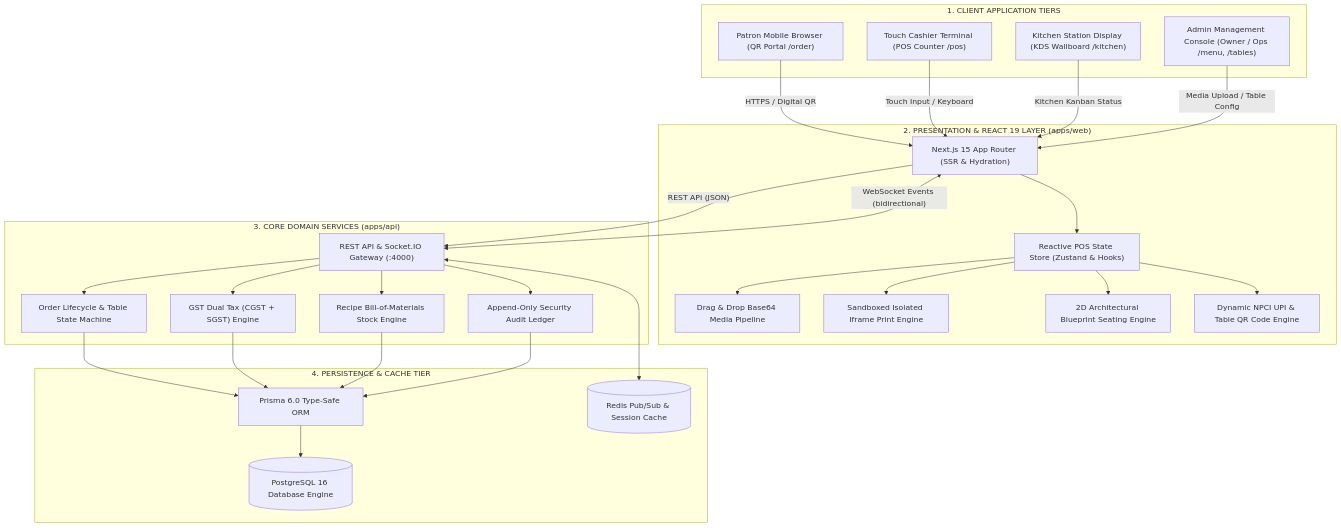
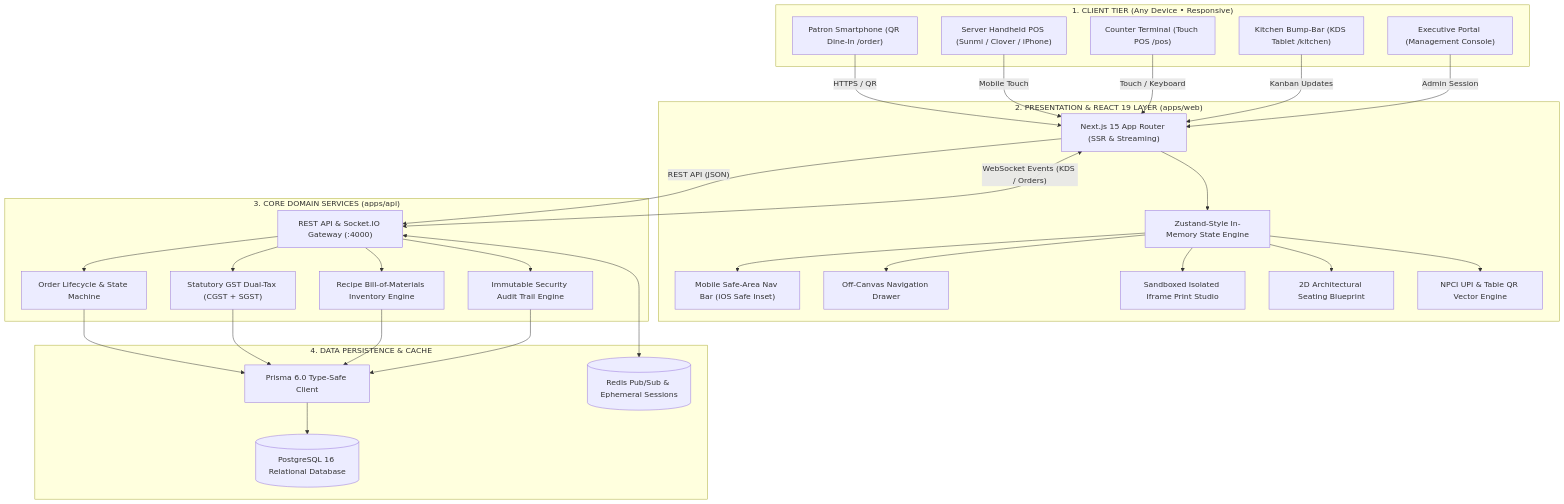
One commit to Gautamgiri798/ORDRIVA changed the first of 3 diagrams in README.md. Above: the diagram before and after it, drawn with Mermaid. The commit also changed other lines of this file, not shown here.

````diff
--- a/README.md
+++ b/README.md
@@ -65,59 +86,63 @@
 ```mermaid
 flowchart TD
-    subgraph Clients["1. CLIENT APPLICATION TIERS"]
-        Patron["Patron Mobile Browser (QR Portal /order)"]
-        Cashier["Touch Cashier Terminal (POS Counter /pos)"]
-        Chef["Kitchen Station Display (KDS Wallboard /kitchen)"]
-        Admin["Admin Management Console (Owner / Ops /menu, /tables)"]
+    subgraph Clients["1. CLIENT TIER (Any Device • Responsive)"]
+        Patron["Patron Smartphone (QR Dine-In /order)"]
+        Handheld["Server Handheld POS (Sunmi / Clover / iPhone)"]
+        Counter["Counter Terminal (Touch POS /pos)"]
+        KDS["Kitchen Bump-Bar (KDS Tablet /kitchen)"]
+        Admin["Executive Portal (Management Console)"]
     end
 
-    subgraph Presentation["2. PRESENTATION & REACT 19 LAYER (apps/web)"]
-        AppRouter["Next.js 15 App Router (SSR & Hydration)"]
-        Store["Reactive POS State Store (Zustand & Hooks)"]
-        MediaEngine["Drag & Drop Base64 Media Pipeline"]
-        PrintEngine["Sandboxed Isolated Iframe Print Engine"]
-        FloorEngine["2D Architectural Blueprint Seating Engine"]
-        QRGen["Dynamic NPCI UPI & Table QR Code Engine"]
+    subgraph WebTier["2. PRESENTATION & REACT 19 LAYER (apps/web)"]
+        NextRouter["Next.js 15 App Router (SSR & Streaming)"]
+        StateStore["Zustand-Style In-Memory State Engine"]
+        BottomNav["Mobile Safe-Area Nav Bar (iOS Safe Inset)"]
+        OffCanvas["Off-Canvas Navigation Drawer"]
+        PrintStudio["Sandboxed Isolated Iframe Print Studio"]
+        BlueprintEngine["2D Architectural Seating Blueprint"]
+        QRGenEngine["NPCI UPI & Table QR Vector Engine"]
     end
 
-    subgraph ServiceLayer["3. CORE DOMAIN SERVICES (apps/api)"]
+    subgraph ServiceTier["3. CORE DOMAIN SERVICES (apps/api)"]
         APIGateway["REST API & Socket.IO Gateway (:4000)"]
-        OrderService["Order Lifecycle & Table State Machine"]
-        TaxService["GST Dual Tax (CGST + SGST) Engine"]
-        BoMService["Recipe Bill-of-Materials Stock Engine"]
-        AuditService["Append-Only Security Audit Ledger"]
+        OrderLifecycle["Order Lifecycle & State Machine"]
+        TaxEngine["Statutory GST Dual-Tax (CGST + SGST)"]
+        InventoryBoM["Recipe Bill-of-Materials Inventory Engine"]
+        AuditLedger["Immutable Security Audit Trail Engine"]
     end
 
-    subgraph StorageLayer["4. PERSISTENCE & CACHE TIER"]
-        PrismaORM["Prisma 6.0 Type-Safe ORM"]
-        PostgresDB[("PostgreSQL 16 Database Engine")]
-        RedisCache[("Redis Pub/Sub & Session Cache")]
+    subgraph StorageTier["4. DATA PERSISTENCE & CACHE"]
+        Prisma["Prisma 6.0 Type-Safe Client"]
+        Postgres[("PostgreSQL 16 Relational Database")]
+        RedisStore[("Redis Pub/Sub & Ephemeral Sessions")]
     end
 
-    Patron -->|"HTTPS / Digital QR"| AppRouter
-    Cashier -->|"Touch Input / Keyboard"| AppRouter
-    Chef -->|"Kitchen Kanban Status"| AppRouter
-    Admin -->|"Media Upload / Table Config"| AppRouter
+    Patron -->|"HTTPS / QR"| NextRouter
+    Handheld -->|"Mobile Touch"| NextRouter
+    Counter -->|"Touch / Keyboard"| NextRouter
+    KDS -->|"Kanban Updates"| NextRouter
+    Admin -->|"Admin Session"| NextRouter
 
-    AppRouter --> Store
-    Store --> MediaEngine
-    Store --> PrintEngine
-    Store --> FloorEngine
-    Store --> QRGen
+    NextRouter --> StateStore
+    StateStore --> BottomNav
+    StateStore --> OffCanvas
+    StateStore --> PrintStudio
+    StateStore --> BlueprintEngine
+    StateStore --> QRGenEngine
 
-    AppRouter -->|"REST API (JSON)"| APIGateway
-    AppRouter <-->|"WebSocket Events (bidirectional)"| APIGateway
+    NextRouter -->|"REST API (JSON)"| APIGateway
+    NextRouter <-->|"WebSocket Events (KDS / Orders)"| APIGateway
 
-    APIGateway --> OrderService
-    APIGateway --> TaxService
-    APIGateway --> BoMService
-    APIGateway --> AuditService
+    APIGateway --> OrderLifecycle
+    APIGateway --> TaxEngine
+    APIGateway --> InventoryBoM
+    APIGateway --> AuditLedger
 
-    OrderService --> PrismaORM
-    TaxService --> PrismaORM
-    BoMService --> PrismaORM
-    AuditService --> PrismaORM
+    OrderLifecycle --> Prisma
+    TaxEngine --> Prisma
+    InventoryBoM --> Prisma
+    AuditLedger --> Prisma
 
-    PrismaORM --> PostgresDB
-    APIGateway <--> RedisCache
+    Prisma --> Postgres
+    APIGateway <--> RedisStore
 ```
````
